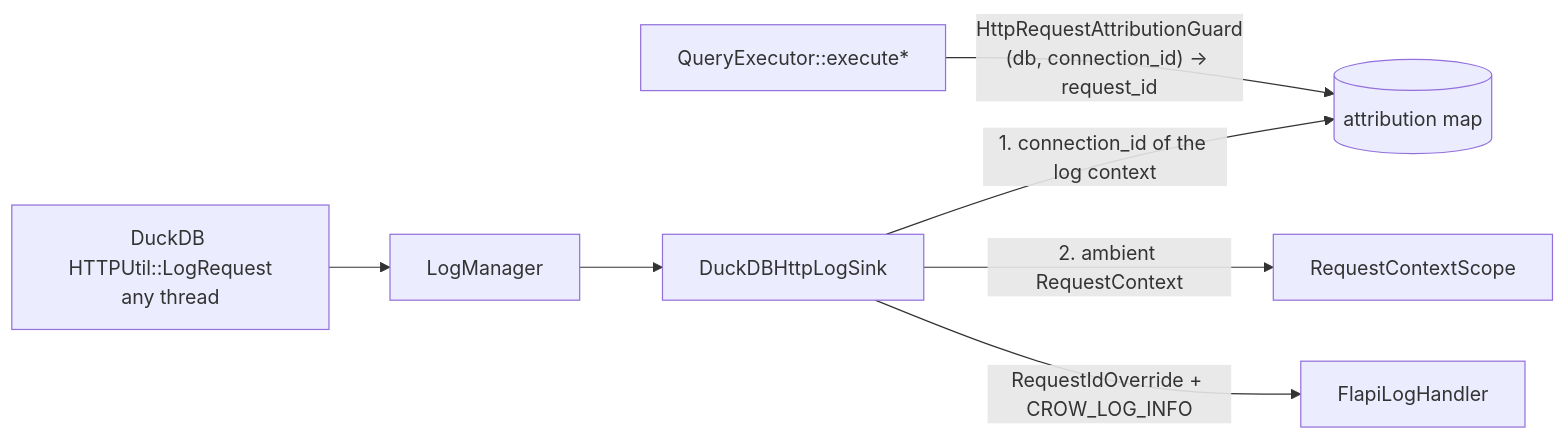
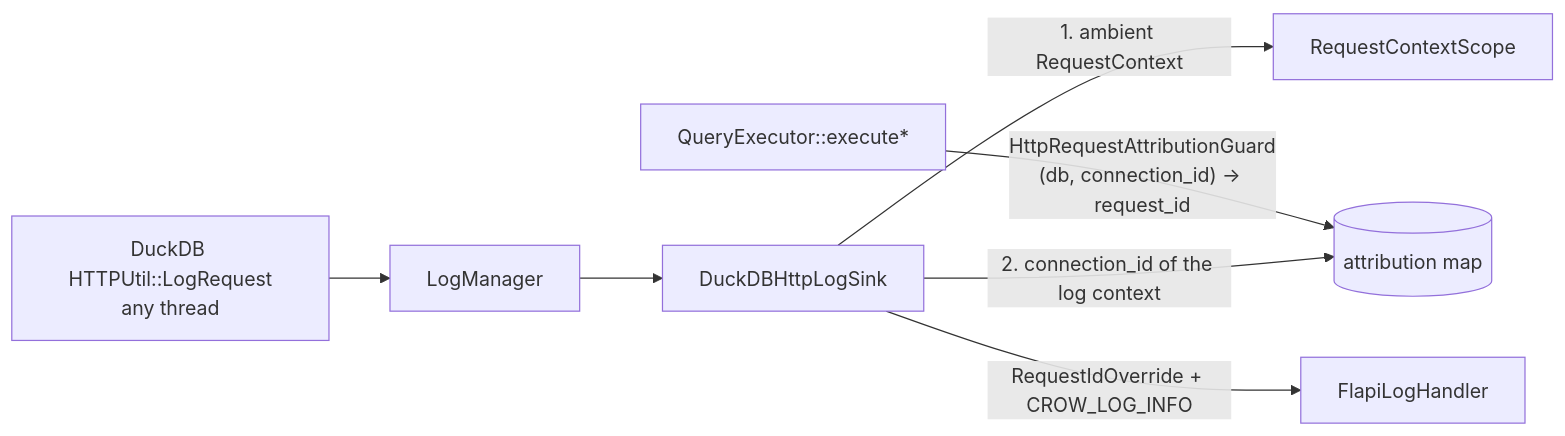
The second of 2 diagrams in docs/spec/components/observability.md (DataZooDE/flapi), drawn with Mermaid before and after one commit. The commit also changed other lines of this file and 4 other files, not shown here.

First line of the commit message:
docs: Spell out the limits of the DuckDB HTTP request log (#252)

````diff
--- a/docs/spec/components/observability.md
+++ b/docs/spec/components/observability.md
@@ -310,8 +310,8 @@
 ```mermaid
 flowchart LR
     Q[QueryExecutor::execute*] -- "HttpRequestAttributionGuard<br/>(db, connection_id) -> request_id" --> M[(attribution map)]
     D[DuckDB HTTPUtil::LogRequest<br/>any thread] --> L[LogManager] --> S[DuckDBHttpLogSink]
-    S -- "1. connection_id of the log context" --> M
-    S -- "2. ambient RequestContext" --> R[RequestContextScope]
+    S -- "1. ambient RequestContext" --> R[RequestContextScope]
+    S -- "2. connection_id of the log context" --> M
     S -- "RequestIdOverride + CROW_LOG_INFO" --> H[FlapiLogHandler]
 ```
````
